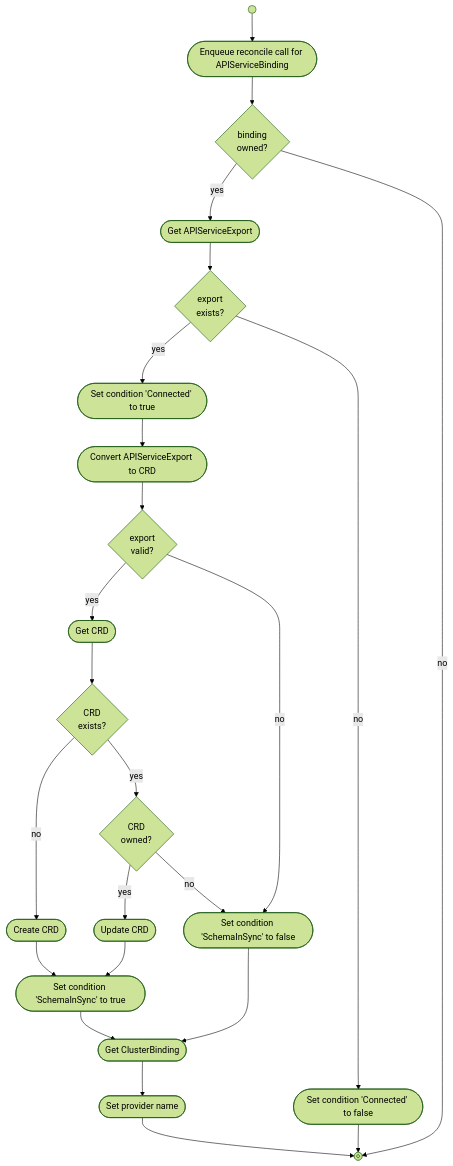
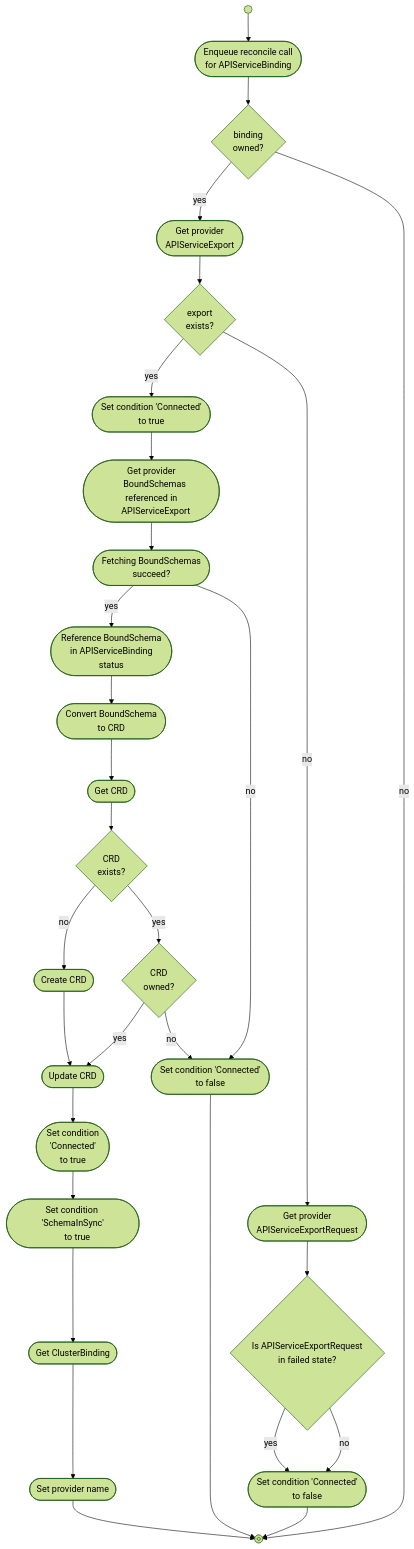
One commit to kube-bind/kube-bind changed the diagram in docs/content/developers/konnector/controllers/cluster/apiservicebinding.md. Above: the diagram before and after it, drawn with Mermaid (forest theme). The commit also changed 3 other files, not shown here.

````diff
--- a/docs/content/developers/konnector/controllers/cluster/apiservicebinding.md
+++ b/docs/content/developers/konnector/controllers/cluster/apiservicebinding.md
@@ -14,18 +14,43 @@
     start@{ shape: start }
     stop@{ shape: stop }
 
-    enqueue_reconcile(["Enqueue reconcile call for APIServiceBinding"])
+    enqueue_reconcile(["Enqueue reconcile call
+    for APIServiceBinding"])
 
     is_apiservicebinding_owned{"binding<br>owned?"}
-    set_apiservicebinding_condition_connected_to_true(["Set condition 'Connected' to true"])
-    set_apiservicebinding_condition_connected_to_false(["Set condition 'Connected' to false"])
-    set_apiservicebinding_condition_schemainsync_to_true(["Set condition 'SchemaInSync' to true"])
-    set_apiservicebinding_condition_schemainsync_to_false(["Set condition 'SchemaInSync' to false"])
+    set_apiservicebinding_condition_connected_to_true(["Set condition
+    'Connected'
+    to true"])
+    set_apiservicebinding_condition_connected_to_true2(["Set condition 'Connected'
+    to true"])
 
-    get_apiserviceexport(["Get APIServiceExport"])
-    convert_apiserviceexport_to_crd(["Convert APIServiceExport to CRD"])
+    set_apiservicebinding_condition_connected_to_false(["Set condition 'Connected'
+    to false"])
+    set_apiservicebinding_condition_connected_to_false2(["Set condition 'Connected'
+    to false"])
+
+    set_apiservicebinding_condition_schemainsync_to_true(["Set condition 'SchemaInSync'
+    to true"])
+
+    get_apiserviceexport(["Get provider
+    APIServiceExport"])
     is_apiserviceexport_present{"export<br>exists?"}
-    is_apiserviceexport_valid{"export<br>valid?"}
+
+    get_apiserviceexportrequest(["Get provider
+     APIServiceExportRequest"])
+    is_apiserviceexportrequest_in_failed_state{"Is APIServiceExportRequest<br>in failed state?"}
+
+    get_bound_schemas(["Get provider
+    BoundSchemas referenced in
+    APIServiceExport"])
+    bound_schema_fetch_successful(["Fetching BoundSchemas
+    succeed?"])
+    reference_bound_schema(["Reference BoundSchema
+    in APIServiceBinding
+    status"])
+    convert_boundschema_to_crd(["Convert BoundSchema
+    to CRD"])
+
 
     get_crd(["Get CRD"])
     create_crd(["Create CRD"])
@@ -42,29 +67,35 @@
 
     is_apiservicebinding_owned --> |yes| get_apiserviceexport
     get_apiserviceexport --> is_apiserviceexport_present
-    is_apiserviceexport_present --> |yes| set_apiservicebinding_condition_connected_to_true
-    is_apiserviceexport_present --> |no| set_apiservicebinding_condition_connected_to_false
-    set_apiservicebinding_condition_connected_to_true --> convert_apiserviceexport_to_crd
+    is_apiserviceexport_present --> |yes| set_apiservicebinding_condition_connected_to_true2
+    is_apiserviceexport_present --> |no| get_apiserviceexportrequest
+    get_apiserviceexportrequest --> is_apiserviceexportrequest_in_failed_state
+    is_apiserviceexportrequest_in_failed_state --> |yes| set_apiservicebinding_condition_connected_to_false2
+    is_apiserviceexportrequest_in_failed_state --> |no| set_apiservicebinding_condition_connected_to_false2
+
+    set_apiservicebinding_condition_connected_to_false2 --> stop
+    set_apiservicebinding_condition_connected_to_true2 --> get_bound_schemas
+    get_bound_schemas --> bound_schema_fetch_successful
+    bound_schema_fetch_successful --> |yes| reference_bound_schema
+    bound_schema_fetch_successful --> |no| set_apiservicebinding_condition_connected_to_false
+    reference_bound_schema --> convert_boundschema_to_crd
     set_apiservicebinding_condition_connected_to_false --> stop
 
-    convert_apiserviceexport_to_crd --> is_apiserviceexport_valid
-    is_apiserviceexport_valid --> |yes| get_crd
-    is_apiserviceexport_valid --> |no| set_apiservicebinding_condition_schemainsync_to_false
+    convert_boundschema_to_crd -->  get_crd
 
     get_crd --> is_crd_present
     is_crd_present --> |no| create_crd
     is_crd_present --> |yes| is_crd_owned
-    update_crd --> set_apiservicebinding_condition_schemainsync_to_true
-    create_crd --> set_apiservicebinding_condition_schemainsync_to_true
+    create_crd --> update_crd
+
+    update_crd --> set_apiservicebinding_condition_connected_to_true
+    set_apiservicebinding_condition_connected_to_true --> set_apiservicebinding_condition_schemainsync_to_true
 
     is_crd_owned --> |yes| update_crd
-    is_crd_owned --> |no| set_apiservicebinding_condition_schemainsync_to_false
+    is_crd_owned --> |no| set_apiservicebinding_condition_connected_to_false
 
     set_apiservicebinding_condition_schemainsync_to_true --> get_clusterbinding
-    set_apiservicebinding_condition_schemainsync_to_false --> get_clusterbinding
-
     get_clusterbinding --> set_apiservicebinding_provider_name
-
     is_apiservicebinding_owned --> |no| stop
     set_apiservicebinding_provider_name --> stop
 ```
````
